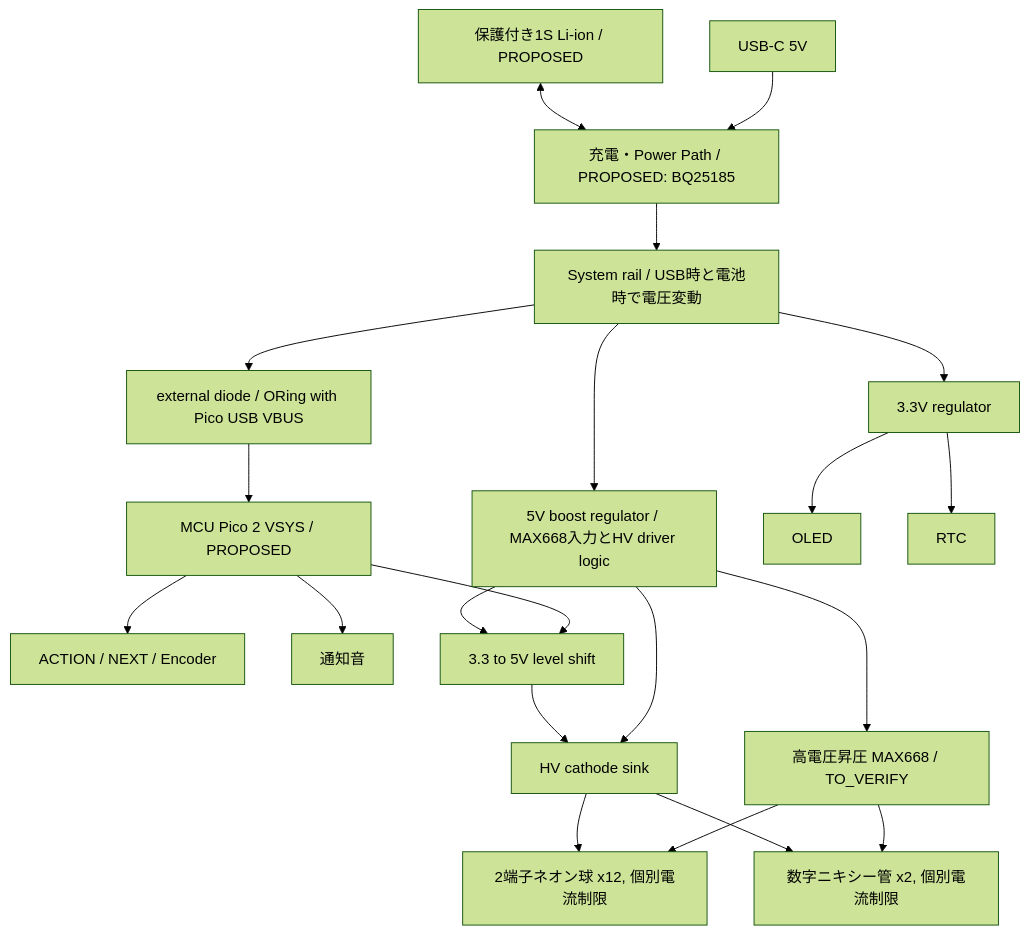
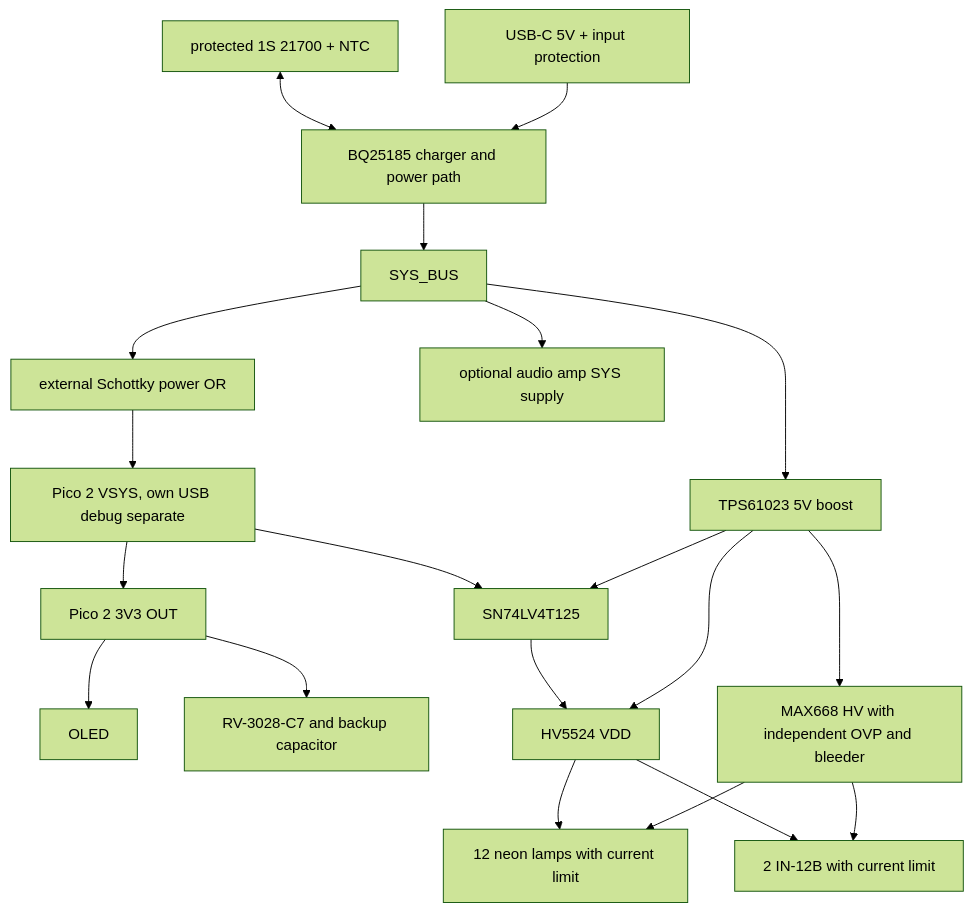
One commit to mitsu32m/PROJECT-NIXIDORO changed the diagram in docs/architecture.md. Above: the diagram before and after it, drawn with Mermaid (forest theme). The commit also changed other lines of this file, not shown here.

Commit message:
docs: update architecture graph to Rev.A single Pico 3V3 domain

````diff
--- a/docs/architecture.md
+++ b/docs/architecture.md
@@ -5,23 +5,22 @@
 ```mermaid
 flowchart TB
-    U[USB-C 5V] --> PP[充電・Power Path / PROPOSED: BQ25185]
-    B[保護付き1S Li-ion / PROPOSED] <--> PP
-    PP --> SYS[System rail / USB時と電池時で電圧変動]
-    SYS --> LV[3.3V regulator]
-    SYS --> V5[5V boost regulator / MAX668入力とHV driver logic]
-    V5 --> HV[高電圧昇圧 MAX668 / TO_VERIFY]
-    SYS --> MUX[external diode / ORing with Pico USB VBUS]
-    MUX --> MCU[MCU Pico 2 VSYS / PROPOSED]
-    LV --> OLED[OLED]
-    LV --> RTC[RTC]
-    MCU --> CTRL[ACTION / NEXT / Encoder]
-    MCU --> AUD[通知音]
-    MCU --> LEVEL[3.3 to 5V level shift]
-    V5 --> LEVEL
-    V5 --> DRIVER[HV cathode sink]
-    LEVEL --> DRIVER
-    HV --> LAMPS[2端子ネオン球 x12, 個別電流制限]
-    HV --> DIGITS[数字ニキシー管 x2, 個別電流制限]
-    DRIVER --> LAMPS
-    DRIVER --> DIGITS
+ U[USB-C 5V + input protection] --> PP[BQ25185 charger and power path]
+ B[protected 1S 21700 + NTC] <--> PP
+ PP --> SYS[SYS_BUS]
+ SYS --> D[external Schottky power OR]
+ D --> MCU[Pico 2 VSYS, own USB debug separate]
+ MCU --> V3[Pico 2 3V3 OUT]
+ V3 --> OLED[OLED]
+ V3 --> RTC[RV-3028-C7 and backup capacitor]
+ SYS --> AMP[optional audio amp SYS supply]
+ SYS --> V5[TPS61023 5V boost]
+ V5 --> HV[MAX668 HV with independent OVP and bleeder]
+ V5 --> LEVEL[SN74LV4T125]
+ V5 --> DRIVER[HV5524 VDD]
+ MCU --> LEVEL
+ LEVEL --> DRIVER
+ HV --> LAMPS[12 neon lamps with current limit]
+ HV --> DIGITS[2 IN-12B with current limit]
+ DRIVER --> LAMPS
+ DRIVER --> DIGITS
 ```
````
